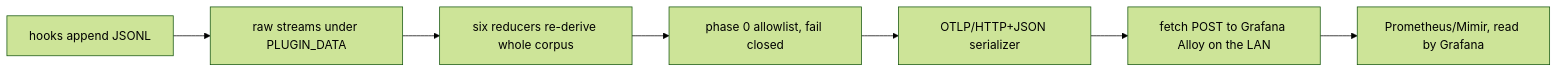
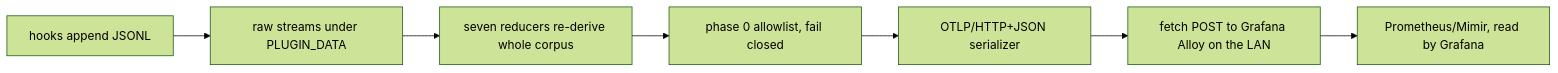
The fourth of 5 diagrams in ARCHITECTURE.md (robinslange/learning-loop), drawn with Mermaid (forest theme) before and after one commit. The commit also changed other lines of this file and 1 other file, not shown here.

First line of the commit message:
docs: seven reducers, the OTEL env vars, and an OTEL export section in the guide

````diff
--- a/ARCHITECTURE.md
+++ b/ARCHITECTURE.md
@@ -179,9 +180,9 @@
 ```mermaid
 flowchart LR
   A[hooks append JSONL] --> B[raw streams under PLUGIN_DATA]
-  B --> C[six reducers re-derive whole corpus]
+  B --> C[seven reducers re-derive whole corpus]
   C --> D[phase 0 allowlist, fail closed]
   D --> E[OTLP/HTTP+JSON serializer]
   E --> F[fetch POST to Grafana Alloy on the LAN]
   F --> G[Prometheus/Mimir, read by Grafana]
 ```
````
